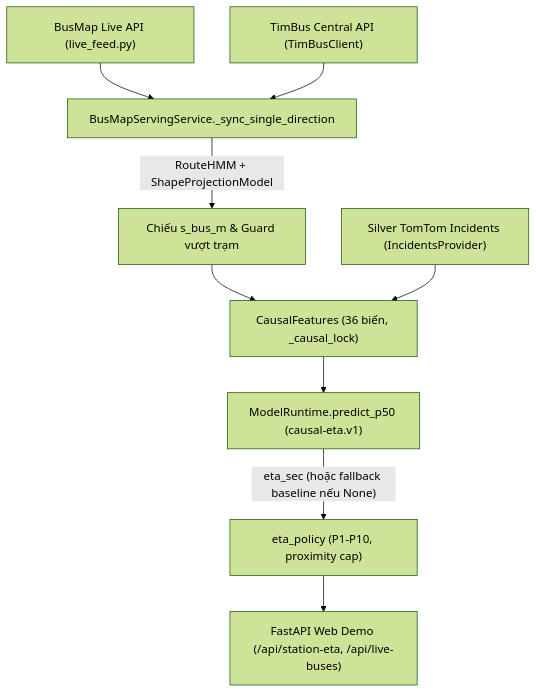
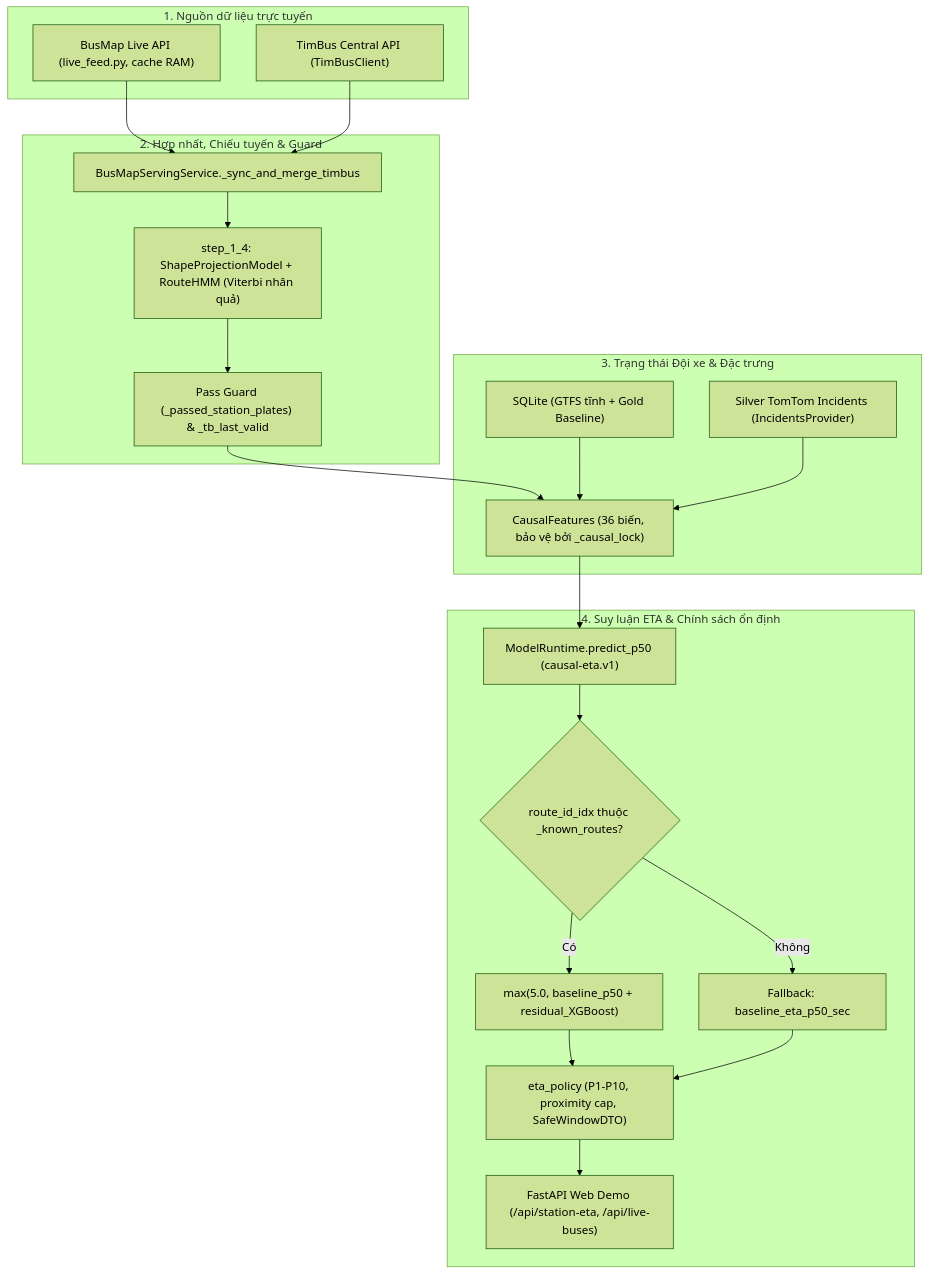
Before and after one commit to toibinguz/Bus_tracking: the diagram in docs/SPEED_VIEW_PIPELINE.md, drawn with Mermaid (forest theme). The commit also changed 10 other files, not shown here.

Commit message:
docs: detail all vertical Mermaid diagrams and show Gold Baseline feeding ML training

````diff
--- a/docs/SPEED_VIEW_PIPELINE.md
+++ b/docs/SPEED_VIEW_PIPELINE.md
@@ -9,11 +9,36 @@
 ```mermaid
 flowchart TD
-    BM["BusMap Live API (live_feed.py)"] --> MERGE["BusMapServingService._sync_single_direction"]
-    TB["TimBus Central API (TimBusClient)"] --> MERGE
-    MERGE -->|"RouteHMM + ShapeProjectionModel"| PROJ["Chiếu s_bus_m & Guard vượt trạm"]
-    PROJ --> CAUSAL["CausalFeatures (36 biến, _causal_lock)"]
-    INC["Silver TomTom Incidents (IncidentsProvider)"] --> CAUSAL
-    CAUSAL --> MR["ModelRuntime.predict_p50 (causal-eta.v1)"]
-    MR -->|"eta_sec (hoặc fallback baseline nếu None)"| POL["eta_policy (P1-P10, proximity cap)"]
-    POL --> API["FastAPI Web Demo (/api/station-eta, /api/live-buses)"]
+    subgraph LIVE["1. Nguồn dữ liệu trực tuyến"]
+        BM["BusMap Live API (live_feed.py, cache RAM)"]
+        TB["TimBus Central API (TimBusClient)"]
+    end
+
+    subgraph MATCH["2. Hợp nhất, Chiếu tuyến & Guard"]
+        MERGE["BusMapServingService._sync_and_merge_timbus"]
+        HMM["step_1_4: ShapeProjectionModel + RouteHMM (Viterbi nhân quả)"]
+        GUARD["Pass Guard (_passed_station_plates) & _tb_last_valid"]
+    end
+
+    subgraph FEAT["3. Trạng thái Đội xe & Đặc trưng"]
+        CAUSAL["CausalFeatures (36 biến, bảo vệ bởi _causal_lock)"]
+        SQL["SQLite (GTFS tĩnh + Gold Baseline)"]
+        INC["Silver TomTom Incidents (IncidentsProvider)"]
+    end
+
+    subgraph PRED["4. Suy luận ETA & Chính sách ổn định"]
+        MR["ModelRuntime.predict_p50 (causal-eta.v1)"]
+        CHECK{"route_id_idx thuộc _known_routes?"}
+        XGB["max(5.0, baseline_p50 + residual_XGBoost)"]
+        BASE["Fallback: baseline_eta_p50_sec"]
+        POL["eta_policy (P1-P10, proximity cap, SafeWindowDTO)"]
+        API["FastAPI Web Demo (/api/station-eta, /api/live-buses)"]
+    end
+
+    BM & TB --> MERGE --> HMM --> GUARD --> CAUSAL
+    SQL --> CAUSAL
+    INC --> CAUSAL
+    CAUSAL --> MR --> CHECK
+    CHECK -->|"Có"| XGB --> POL
+    CHECK -->|"Không"| BASE --> POL
+    POL --> API
 ```
````
